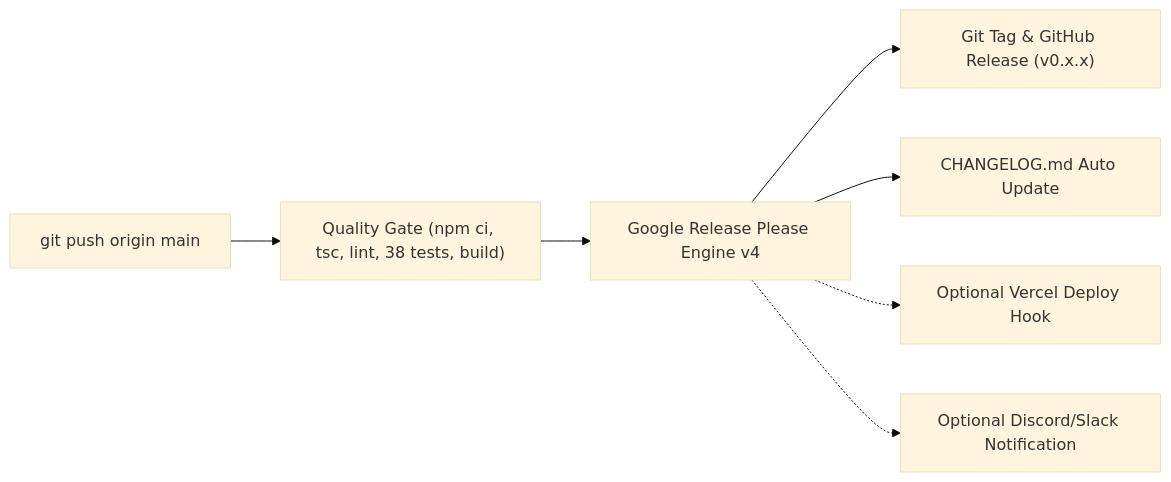
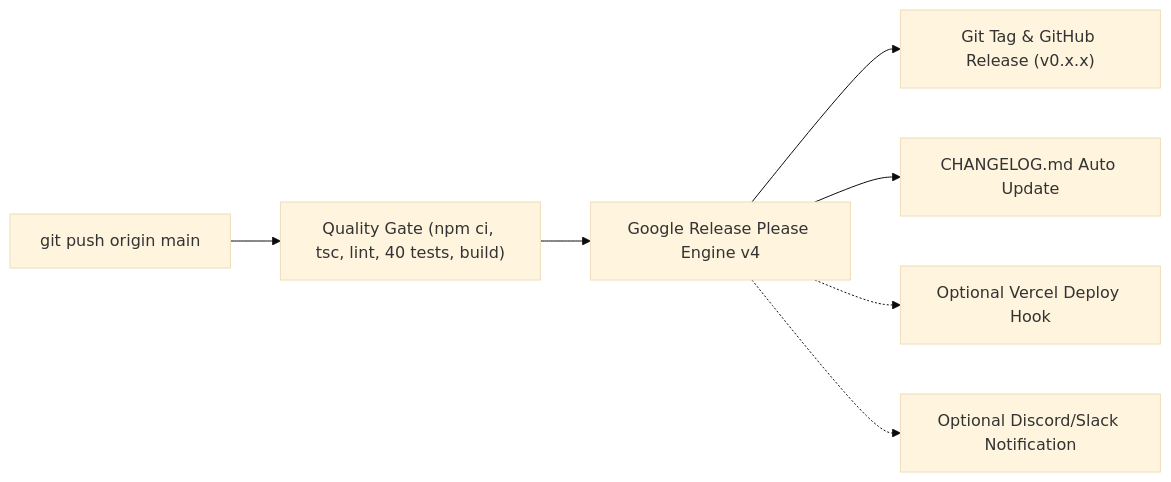
One commit to PrivMITLab/aalm-vastralay changed the second of 2 diagrams in .ai/ARCHITECTURE.md. Above: the diagram before and after it, drawn with Mermaid (base theme). The commit also changed other lines of this file and 11 other files, not shown here.

Commit message:
docs: update .ai and repository architecture records

````diff
--- a/.ai/ARCHITECTURE.md
+++ b/.ai/ARCHITECTURE.md
@@ -71,9 +73,9 @@
 ```mermaid
 flowchart LR
-    Push["git push origin main"] --> QG["Quality Gate (npm ci, tsc, lint, 38 tests, build)"]
+    Push["git push origin main"] --> QG["Quality Gate (npm ci, tsc, lint, 40 tests, build)"]
     QG --> RP["Google Release Please Engine v4"]
     RP --> Tag["Git Tag & GitHub Release (v0.x.x)"]
     RP --> ChangeLog["CHANGELOG.md Auto Update"]
     RP -.-> Deploy["Optional Vercel Deploy Hook"]
     RP -.-> Notify["Optional Discord/Slack Notification"]
 ```
````
